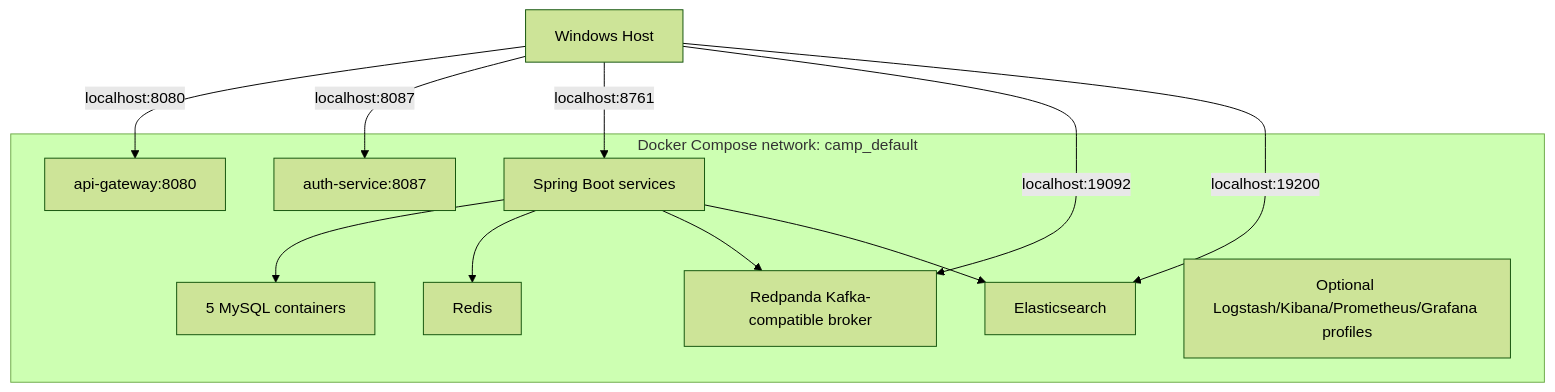
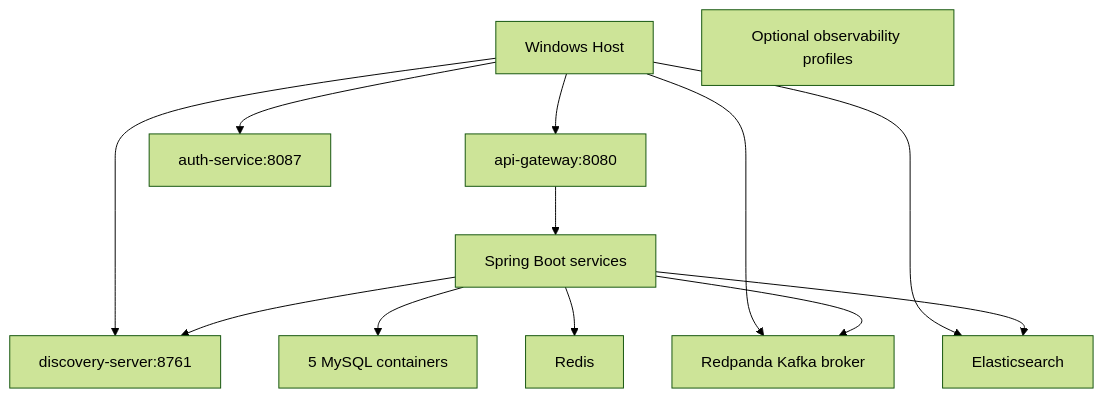
One commit to pramod4it/camp changed the fifth of 14 diagrams in README.md. Above: the diagram before and after it, drawn with Mermaid (forest theme). The commit also changed other lines of this file, not shown here.

Commit message:
Simplify README deployment Mermaid diagrams

````diff
--- a/README.md
+++ b/README.md
@@ -209,24 +207,25 @@
 ```mermaid
 flowchart TB
     Host["Windows Host"]
-    subgraph Docker["Docker Compose network: camp_default"]
-        Gateway["api-gateway:8080"]
-        Auth["auth-service:8087"]
-        Services["Spring Boot services"]
-        MySQL["5 MySQL containers"]
-        Redis["Redis"]
-        Broker["Redpanda Kafka-compatible broker"]
-        ES["Elasticsearch"]
-        Obs["Optional Logstash/Kibana/Prometheus/Grafana profiles"]
-    end
+    Gateway["api-gateway:8080"]
+    Auth["auth-service:8087"]
+    Services["Spring Boot services"]
+    Eureka["discovery-server:8761"]
+    MySQL["5 MySQL containers"]
+    Redis["Redis"]
+    Broker["Redpanda Kafka broker"]
+    ES["Elasticsearch"]
+    Obs["Optional observability profiles"]
 
-    Host -->|"localhost:8080"| Gateway
-    Host -->|"localhost:8087"| Auth
-    Host -->|"localhost:8761"| Services
-    Host -->|"localhost:19092"| Broker
-    Host -->|"localhost:19200"| ES
+    Host --> Gateway
+    Host --> Auth
+    Host --> Eureka
+    Host --> Broker
+    Host --> ES
+    Gateway --> Services
+    Services --> Eureka
     Services --> MySQL
     Services --> Redis
     Services --> Broker
     Services --> ES
 ```
````
